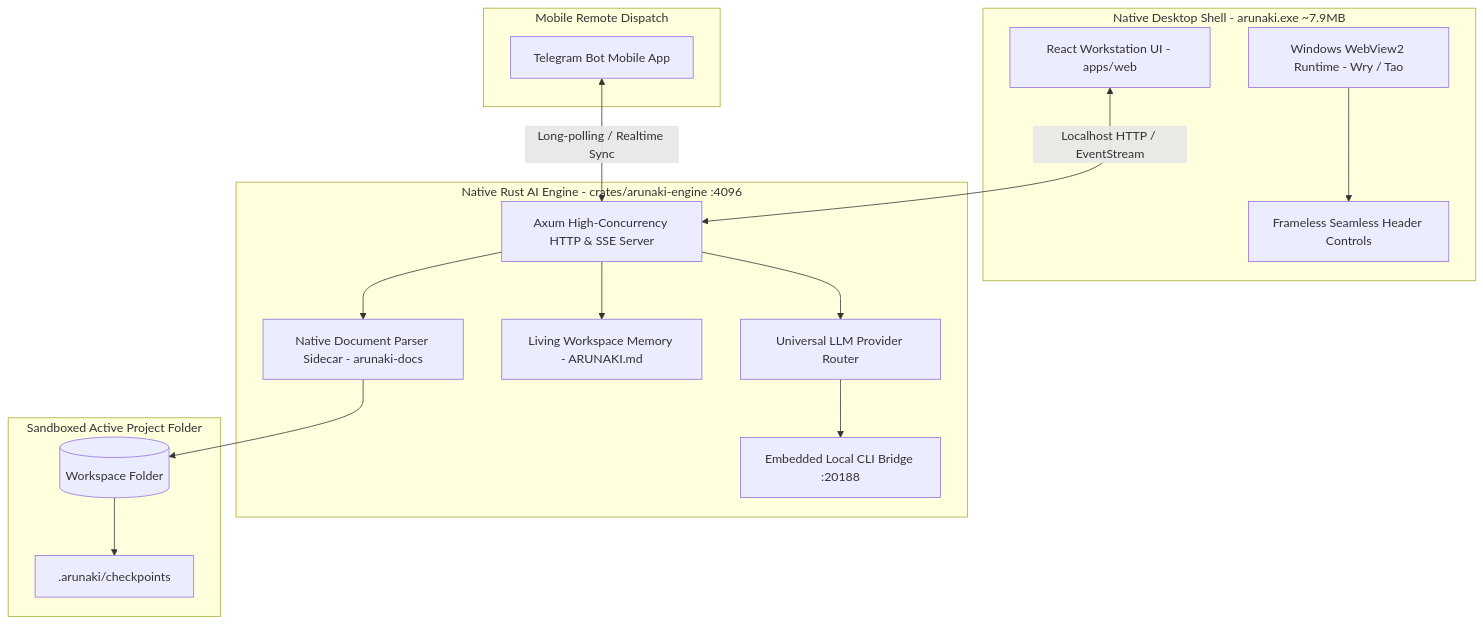
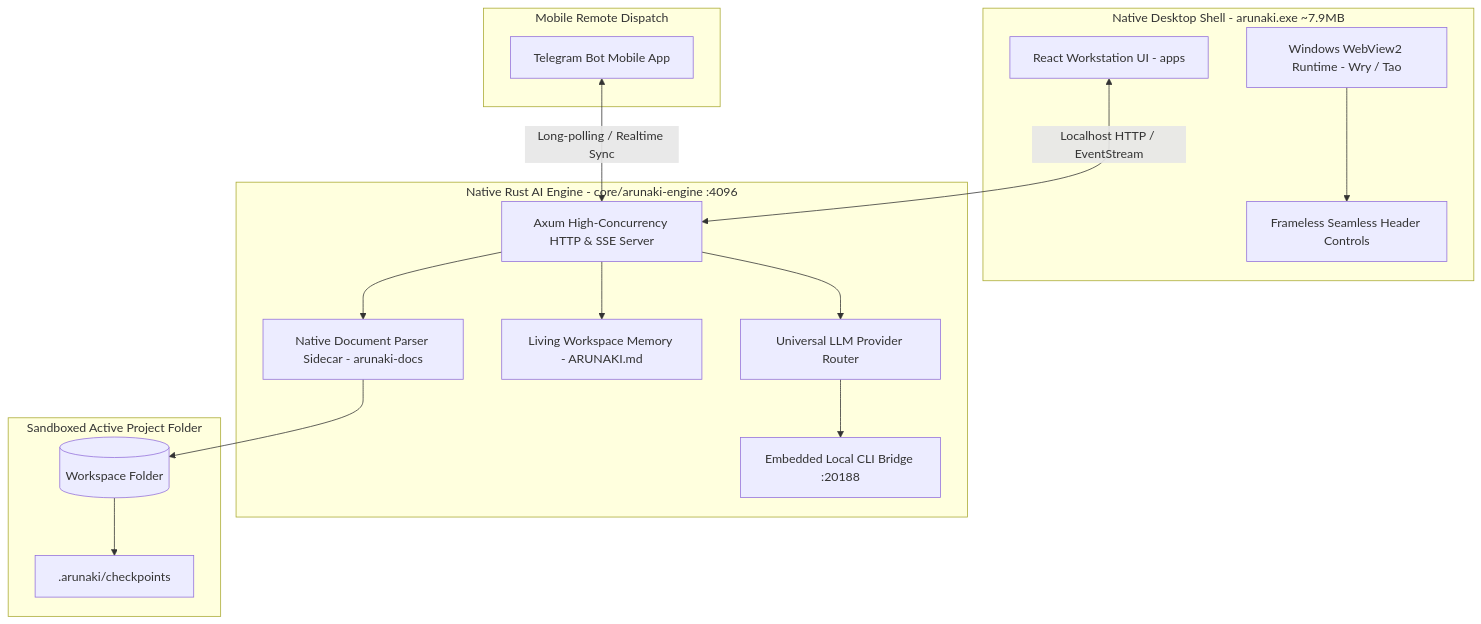
Before and after one commit to jlsrngo/Arunaki: the second of 2 diagrams in README.md, drawn with Mermaid. The commit also changed other lines of this file and 270 other files, not shown here.

Commit message:
feat: flatten frontend to apps, rename crates to core, and enable live conversation compactor

````diff
--- a/README.md
+++ b/README.md
@@ -128,35 +128,35 @@
 ```mermaid
 graph TD
     subgraph Mobile [Mobile Remote Dispatch]
         Telegram[Telegram Bot Mobile App]
     end
 
     subgraph Native Shell [Native Desktop Shell - arunaki.exe ~7.9MB]
-        UI[React Workstation UI - apps/web]
+        UI[React Workstation UI - apps]
         WebView[Windows WebView2 Runtime - Wry / Tao]
         WindowControls[Frameless Seamless Header Controls]
     end
 
-    subgraph Backend Engine [Native Rust AI Engine - crates/arunaki-engine :4096]
+    subgraph Backend Engine [Native Rust AI Engine - core/arunaki-engine :4096]
         Axum[Axum High-Concurrency HTTP & SSE Server]
         Router[Universal LLM Provider Router]
         CLIBridge[Embedded Local CLI Bridge :20188]
         Memory[Living Workspace Memory - ARUNAKI.md]
         Docs[Native Document Parser Sidecar - arunaki-docs]
     end
 
     subgraph Sandbox [Sandboxed Active Project Folder]
         Folder[(Workspace Folder)]
         Checkpoint[.arunaki/checkpoints]
     end
 
     Telegram <-->|Long-polling / Realtime Sync| Axum
     UI <-->|Localhost HTTP / EventStream| Axum
     WebView --> WindowControls
     Axum --> Router
     Router --> CLIBridge
     Axum --> Memory
     Axum --> Docs
     Docs --> Folder
     Folder --> Checkpoint
 ```
````
